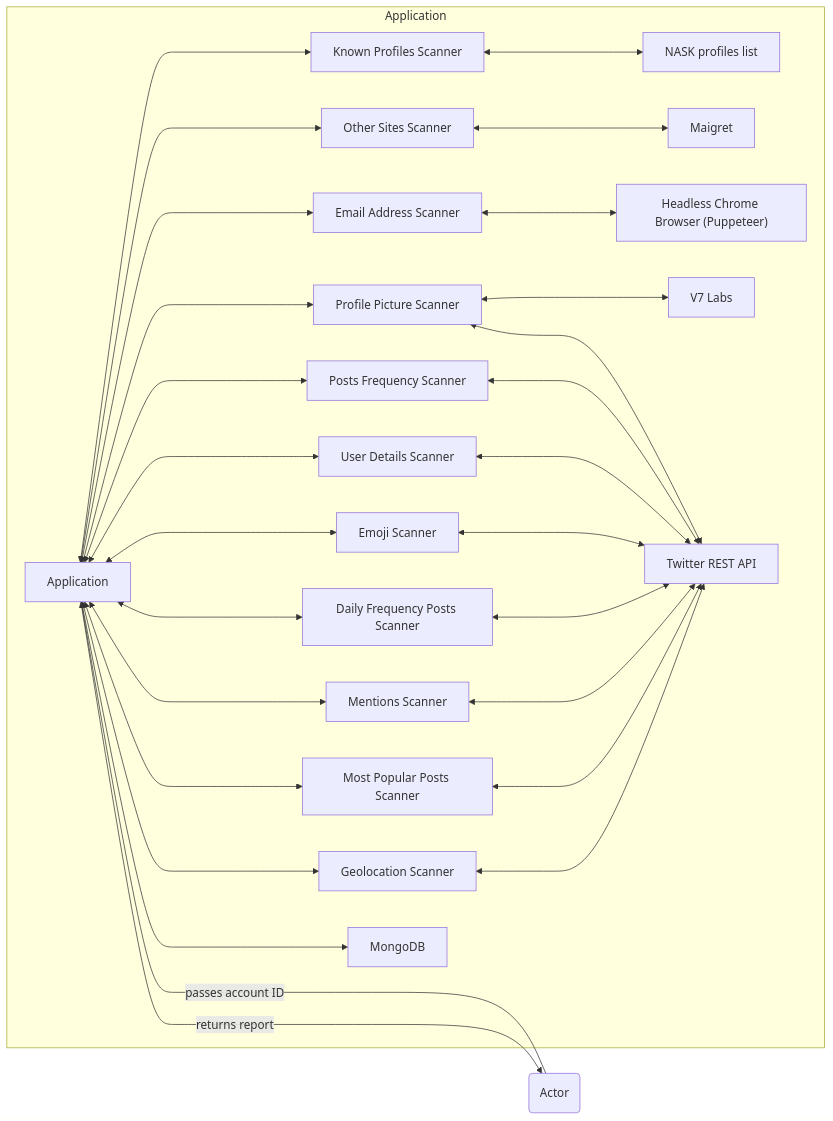
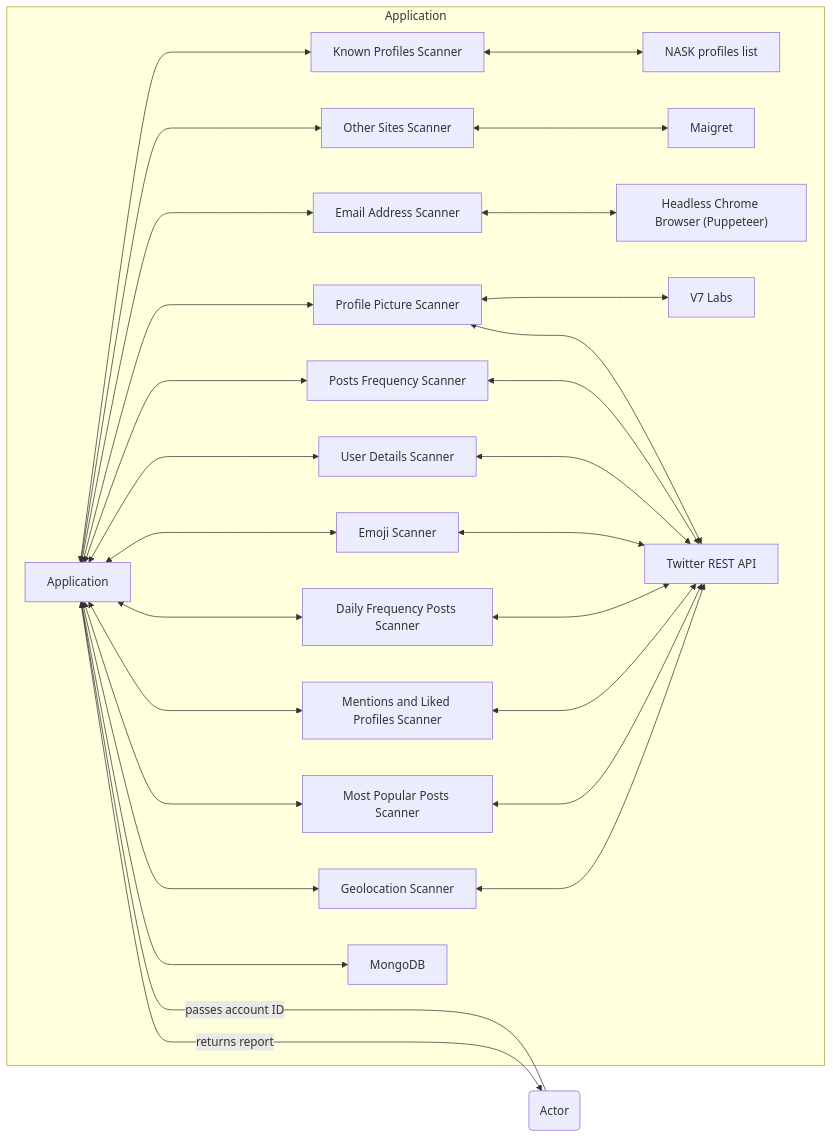
Before and after one commit to elszczepano/master-thesis-automation: the first of 2 diagrams in README.md, drawn with Mermaid. The commit also changed 6 other files, not shown here.

````diff
--- a/README.md
+++ b/README.md
@@ -29,31 +29,31 @@
 ```mermaid
 flowchart RL
     A(Actor) -- passes account ID ----> B[Application]
     B -- returns report --> A
     subgraph Application
         C[Email Address Scanner] <---> B
         E[Posts Frequency Scanner] <---> B
         F[User Details Scanner] <---> B
         G[Emoji Scanner] <---> B
         K[Daily Frequency Posts Scanner]  <---> B
-        L[Mentions Scanner]  <---> B
+        L[Mentions and Liked Profiles Scanner]  <---> B
         D[Profile Picture Scanner] <---> B
         N[Known Profiles Scanner] <---> B
         O[NASK profiles list] <---> N
         R[Other Sites Scanner] <---> B
         S[Maigret] <---> R
         T[Most Popular Posts Scanner] <---> B
         U[Geolocation Scanner] <---> B
         M[MongoDB] <---> B
         H["Headless Chrome Browser (Puppeteer)"] <---> C
         I[V7 Labs] <---> D
         J[Twitter REST API] <---> D
         J <---> E
         J <---> F
         J <---> G
         J <---> K
         J <---> L
         J <---> T
         J <---> U
     end
 ```
````
